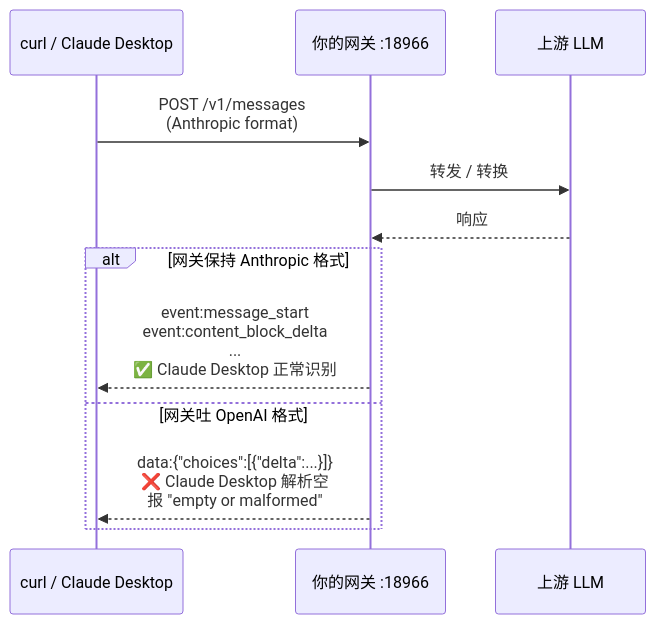
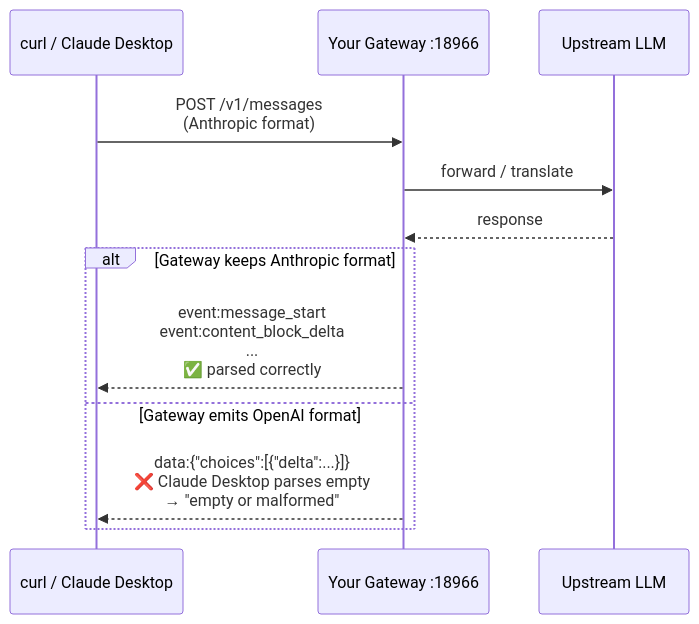
Before and after one commit to pengyanai/notebook: the second of 5 diagrams in posts/2026-05-07-claude-desktop-third-party-inference.md, drawn with Mermaid. The commit also changed other lines of this file, not shown here.

First line of the commit message:
docs: Claude Desktop 3p 文章 — mermaid 全英化 + 补充官方文档

````diff
--- a/posts/2026-05-07-claude-desktop-third-party-inference.md
+++ b/posts/2026-05-07-claude-desktop-third-party-inference.md
@@ -49,15 +49,15 @@
 ```mermaid
 sequenceDiagram
     participant Client as curl / Claude Desktop
-    participant GW as 你的网关 :18966
-    participant UP as 上游 LLM
+    participant GW as Your Gateway :18966
+    participant UP as Upstream LLM
 
     Client->>GW: POST /v1/messages<br/>(Anthropic format)
-    GW->>UP: 转发 / 转换
-    UP-->>GW: 响应
-    alt 网关保持 Anthropic 格式
-        GW-->>Client: event:message_start<br/>event:content_block_delta<br/>...<br/>✅ Claude Desktop 正常识别
-    else 网关吐 OpenAI 格式
-        GW-->>Client: data:{"choices":[{"delta":...}]}<br/>❌ Claude Desktop 解析空<br/>报 "empty or malformed"
+    GW->>UP: forward / translate
+    UP-->>GW: response
+    alt Gateway keeps Anthropic format
+        GW-->>Client: event:message_start<br/>event:content_block_delta<br/>...<br/>✅ parsed correctly
+    else Gateway emits OpenAI format
+        GW-->>Client: data:{"choices":[{"delta":...}]}<br/>❌ Claude Desktop parses empty<br/>→ "empty or malformed"
     end
 ```
````
